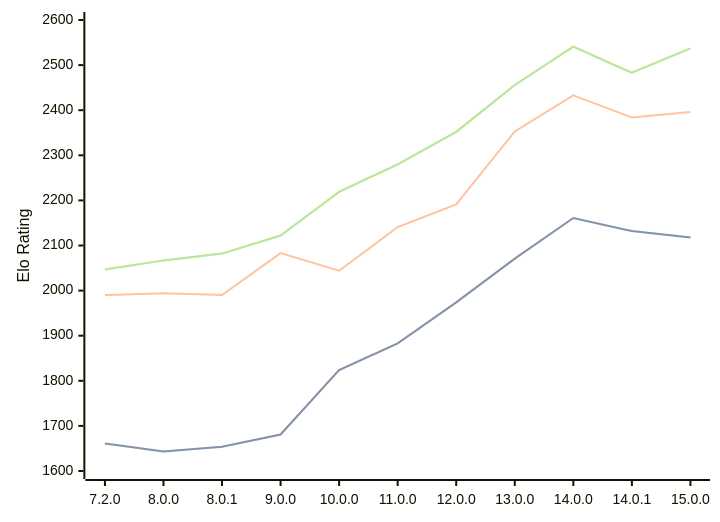
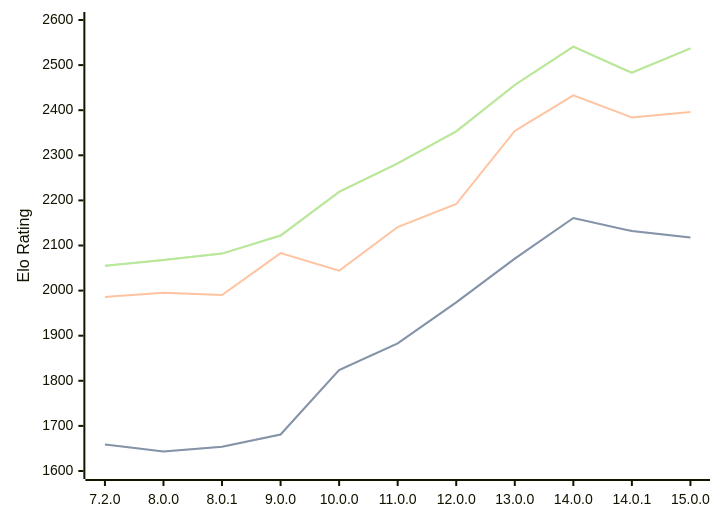
Before and after one commit to computer-chess-index/cci: the diagram in engines/Cepimetheus.md, drawn with Mermaid. The commit also changed other lines of this file, not shown here.

Commit message:
Update CCI Ratings (ELO VLTC) - 2026-08-29

````diff
--- a/engines/Cepimetheus.md
+++ b/engines/Cepimetheus.md
@@ -66,11 +66,11 @@
 ```mermaid
 %%{init: {"theme":"base","themeVariables":{"seriesColors:['#a3a3a3','#222221','#faa371']}}}%%
 xychart-beta
   x-axis ["7.2.0", "8.0.0", "8.0.1", "9.0.0", "10.0.0", "11.0.0", "12.0.0", "13.0.0", "14.0.0", "14.0.1", "15.0.0"]
   y-axis "Elo Rating" 1600 --> 2600
-  line "" [1661, 1643, 1654, 1681, 1824, 1883, 1974, 2071, 2161, 2132, 2118]
-  line "STC (8.0+0.08s)" [1661, 1643, 1654, 1681, 1824, 1883, 1974, 2071, 2161, 2132, 2118]
-  line "LTC (60.0+0.60s)" [1990, 1994, 1990, 2083, 2044, 2141, 2191, 2353, 2433, 2384, 2396]
-  line "" [2047, 2067, 2082, 2122, 2219, 2280, 2352, 2456, 2541, 2483, 2537]
-  line "VLTC (2m24s+1.12s)" [2047, 2067, 2082, 2122, 2219, 2280, 2352, 2456, 2541, 2483, 2537]
+  line "" [1659, 1643, 1654, 1681, 1824, 1883, 1974, 2071, 2161, 2132, 2118]
+  line "STC (8.0+0.08s)" [1659, 1643, 1654, 1681, 1824, 1883, 1974, 2071, 2161, 2132, 2118]
+  line "LTC (60.0+0.60s)" [1986, 1995, 1990, 2083, 2044, 2141, 2192, 2354, 2433, 2384, 2396]
+  line "" [2055, 2068, 2082, 2122, 2219, 2282, 2353, 2456, 2541, 2483, 2537]
+  line "VLTC (2m24s+1.12s)" [2055, 2068, 2082, 2122, 2219, 2282, 2353, 2456, 2541, 2483, 2537]
 ```
````
